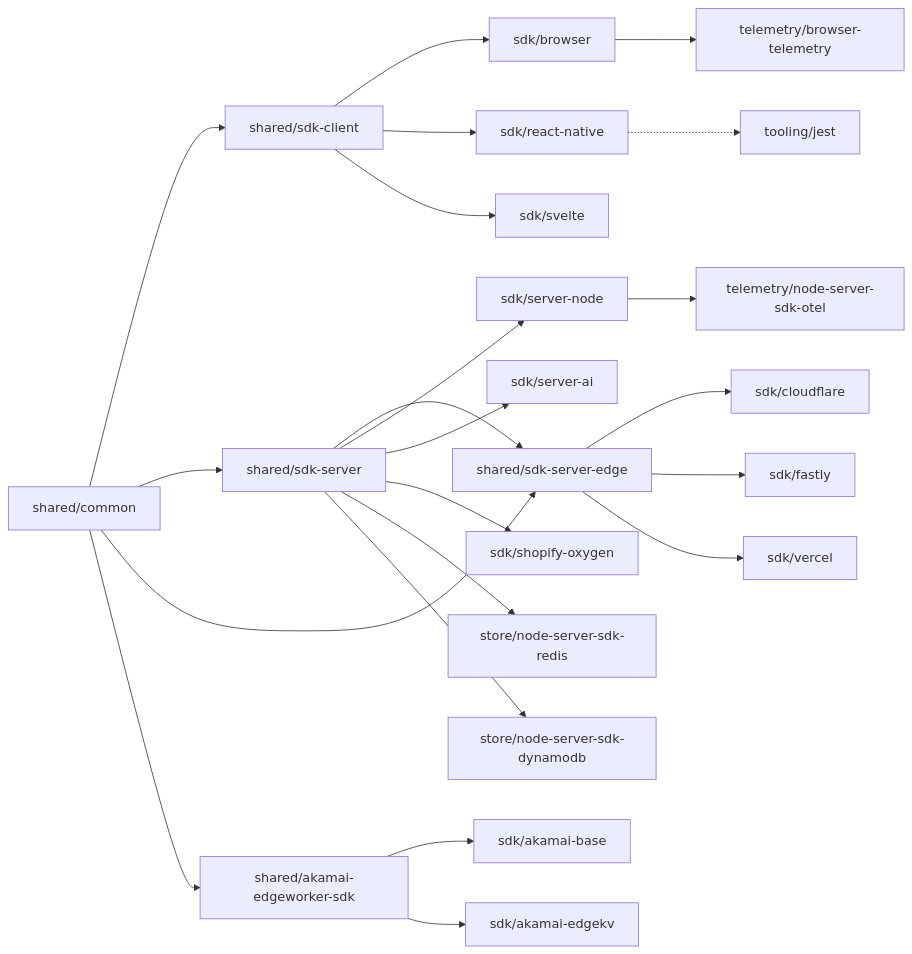
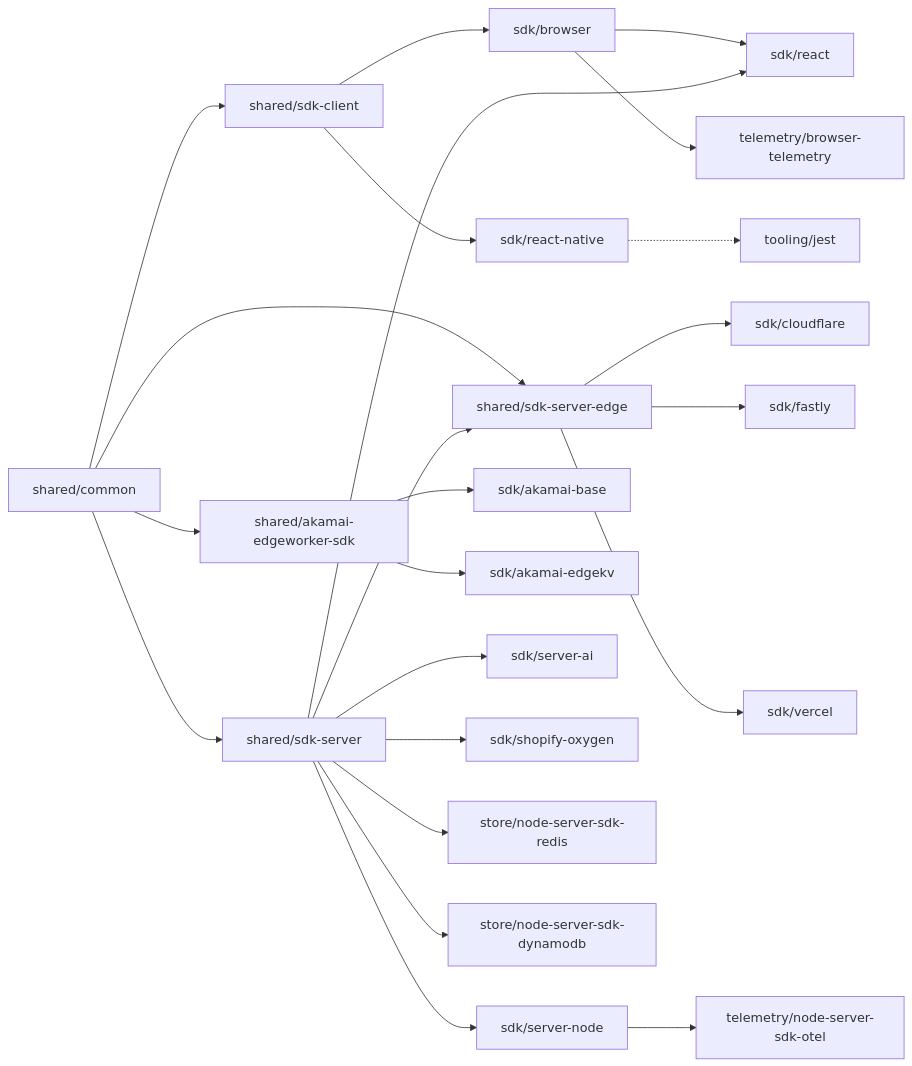
Before and after one commit to launchdarkly/js-core: the diagram in CONTRIBUTING.md, drawn with Mermaid. The commit also changed 6 other files, not shown here.

````diff
--- a/CONTRIBUTING.md
+++ b/CONTRIBUTING.md
@@ -149,73 +149,74 @@
 ```mermaid
 flowchart LR
     %% Shared packages
     common[shared/common]
     sdk-client[shared/sdk-client]
     sdk-server[shared/sdk-server]
     sdk-server-edge[shared/sdk-server-edge]
     akamai-edgeworker[shared/akamai-edgeworker-sdk]
 
     %% SDK packages
     server-node[sdk/server-node]
     cloudflare[sdk/cloudflare]
     fastly[sdk/fastly]
     react-native[sdk/react-native]
     browser[sdk/browser]
     vercel[sdk/vercel]
     akamai-base[sdk/akamai-base]
     akamai-edgekv[sdk/akamai-edgekv]
     server-ai[sdk/server-ai]
-    svelte[sdk/svelte]
+    react[sdk/react]
     shopify-oxygen[sdk/shopify-oxygen]
 
     %% Store packages
     redis[store/node-server-sdk-redis]
     dynamodb[store/node-server-sdk-dynamodb]
 
     %% Telemetry packages
     node-otel[telemetry/node-server-sdk-otel]
     browser-telemetry[telemetry/browser-telemetry]
 
     %% Tooling packages
     jest[tooling/jest]
 
     %% Dependencies between shared packages
     common --> sdk-client
     common --> sdk-server
     common --> sdk-server-edge
     common --> akamai-edgeworker
     sdk-server --> sdk-server-edge
     
     %% Dependencies for SDK packages
     sdk-client --> browser
     sdk-client --> react-native
-    sdk-client --> svelte
+    browser --> react
+    sdk-server --> react
     
     sdk-server --> server-node
     sdk-server --> server-ai
     sdk-server --> shopify-oxygen
     
     sdk-server-edge --> cloudflare
     sdk-server-edge --> fastly
     sdk-server-edge --> vercel
     
     akamai-edgeworker --> akamai-base
     akamai-edgeworker --> akamai-edgekv
     
     %% Dependencies for store packages
     sdk-server --> redis
     sdk-server --> dynamodb
     
     %% Dependencies for telemetry packages
     server-node --> node-otel
     browser --> browser-telemetry
     
     %% Dependencies for tooling packages
     react-native -.-> jest
     
     class common,sdk-client,sdk-server,sdk-server-edge,akamai-edgeworker shared
-    class server-node,cloudflare,fastly,react-native,browser,vercel,akamai-base,akamai-edgekv,server-ai,svelte sdk
+    class server-node,cloudflare,fastly,react-native,browser,vercel,akamai-base,akamai-edgekv,server-ai,react,shopify-oxygen sdk
     class redis,dynamodb store
     class node-otel,browser-telemetry telemetry
     class jest tooling
 ```
````
